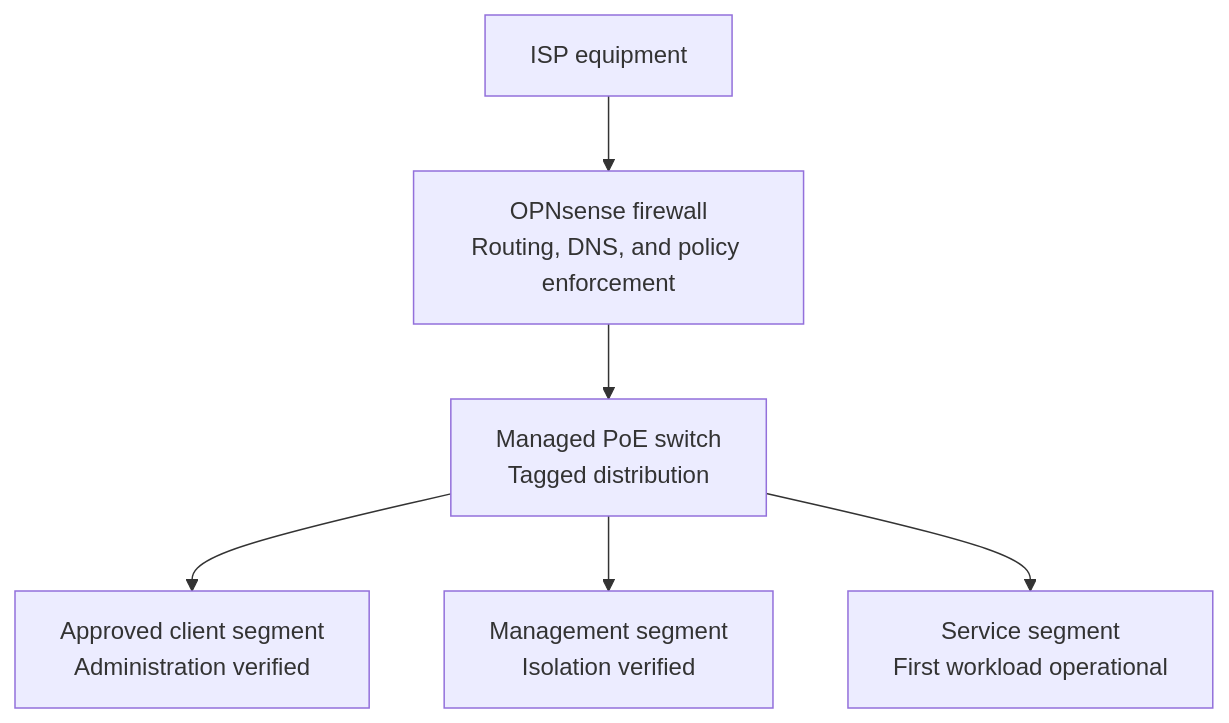
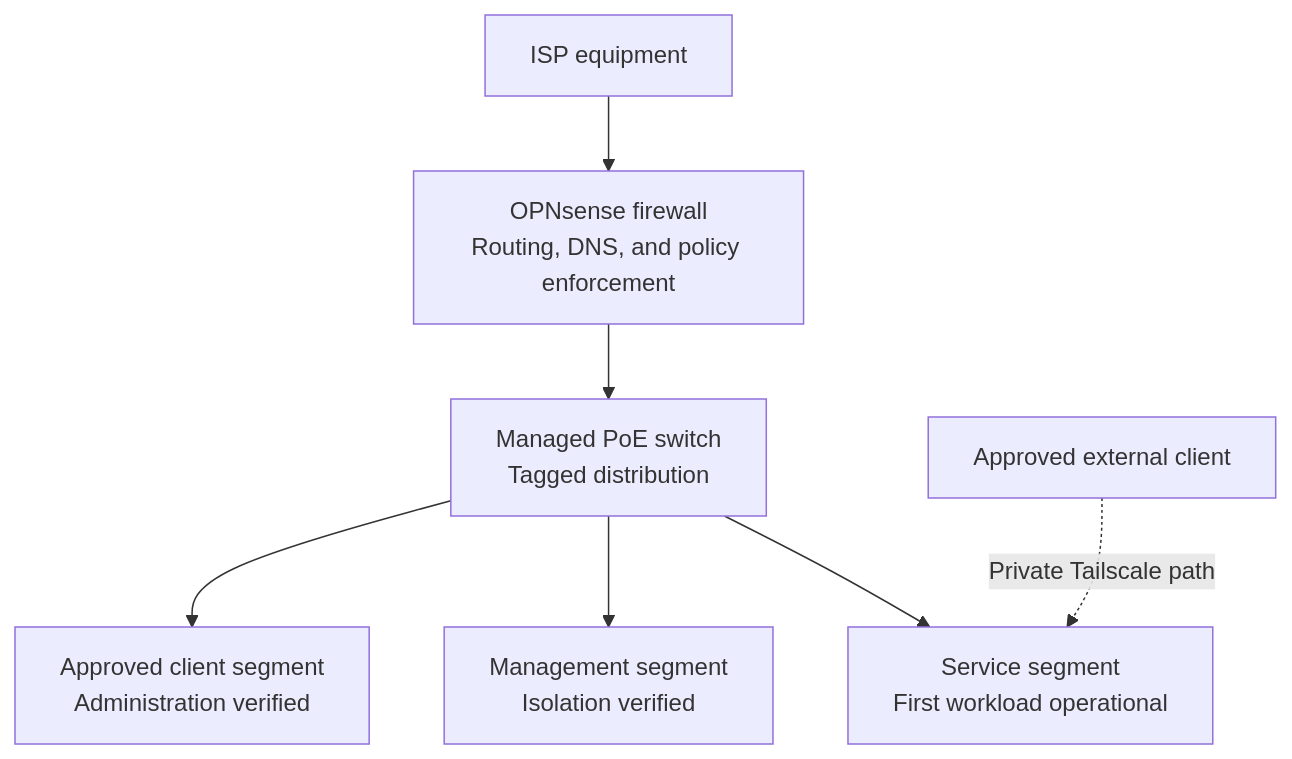
Before and after one commit to DeadPol8789/homelab: the diagram in docs/opnsense-deployment.md, drawn with Mermaid. The commit also changed other lines of this file and 9 other files, not shown here.

First line of the commit message:
Document tested Tailscale remote access (#8)

````diff
--- a/docs/opnsense-deployment.md
+++ b/docs/opnsense-deployment.md
@@ -40,8 +41,9 @@
 ```mermaid
 flowchart TD
     ISP["ISP equipment"] --> FW["OPNsense firewall<br/>Routing, DNS, and policy enforcement"]
     FW --> SW["Managed PoE switch<br/>Tagged distribution"]
     SW --> ZONE_A["Approved client segment<br/>Administration verified"]
     SW --> ZONE_B["Management segment<br/>Isolation verified"]
     SW --> ZONE_C["Service segment<br/>First workload operational"]
+    REMOTE["Approved external client"] -. "Private Tailscale path" .-> ZONE_C
 ```
````
